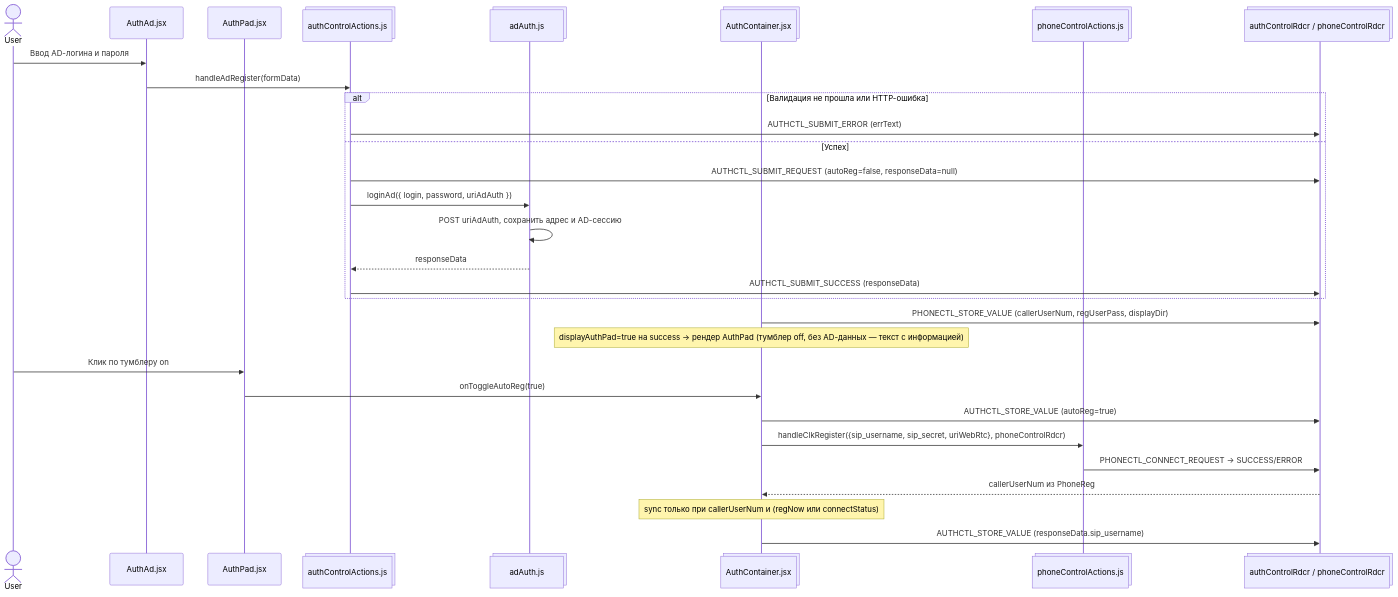
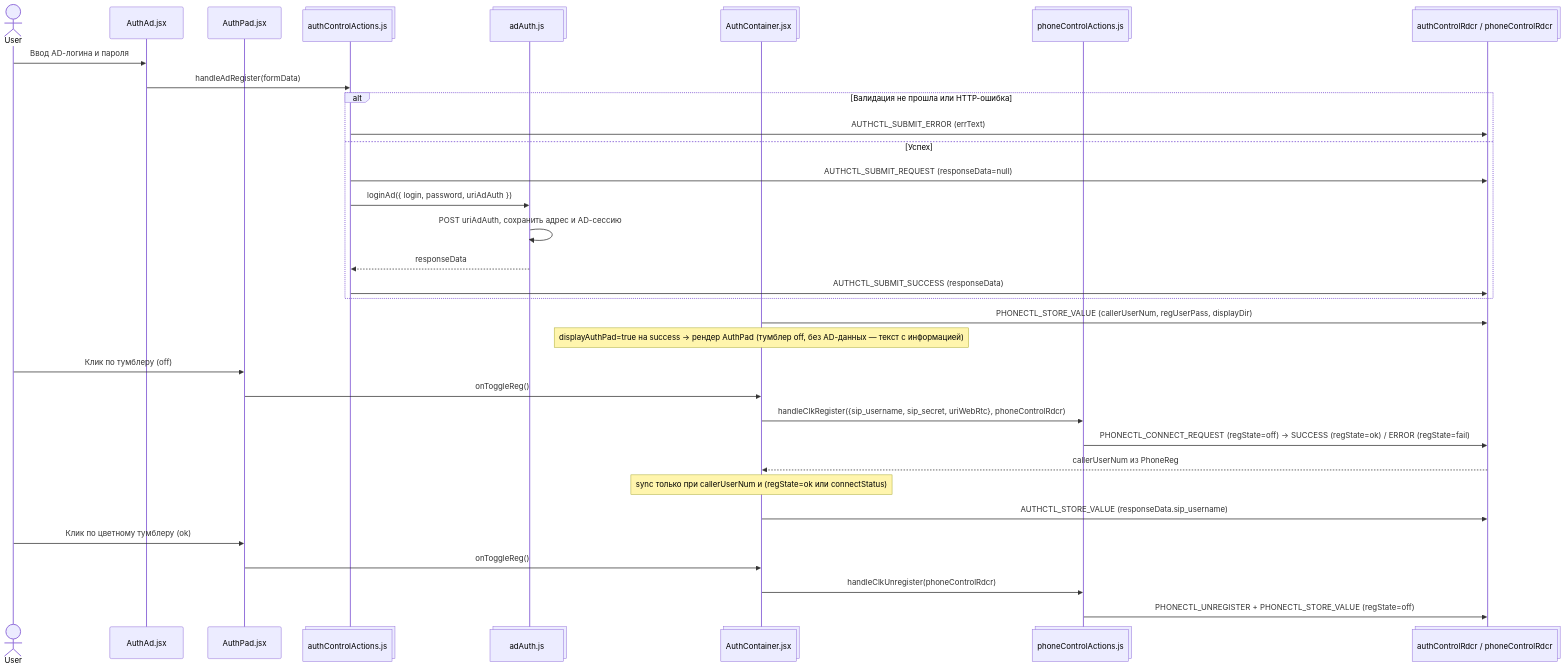
One commit to ars-anosov/sipjs-react changed the third of 9 diagrams in docs/STATE.md. Above: the diagram before and after it, drawn with Mermaid. The commit also changed other lines of this file and 24 other files, not shown here.

First line of the commit message:
Тумблер AuthPad по regState, актуализация документации

````diff
--- a/docs/STATE.md
+++ b/docs/STATE.md
@@ -99,33 +99,36 @@
 ```mermaid
 sequenceDiagram
   actor User
   participant AuthAd@{ "type" : "participant", "alias": "AuthAd.jsx" }
   participant AuthPad@{ "type" : "participant", "alias": "AuthPad.jsx" }
   participant AuthAct@{ "type" : "collections", "alias": "authControlActions.js" }
   participant AdAuth@{ "type" : "collections", "alias": "adAuth.js" }
   participant AuthCont@{ "type" : "collections", "alias": "AuthContainer.jsx" }
   participant PhoneAct@{ "type" : "collections", "alias": "phoneControlActions.js" }
   participant Dispatch@{ "type" : "collections", "alias": "authControlRdcr / phoneControlRdcr" }
 
   User->>AuthAd: Ввод AD-логина и пароля
   AuthAd->>AuthAct: handleAdRegister(formData)
   alt Валидация не прошла или HTTP-ошибка
     AuthAct->>Dispatch: AUTHCTL_SUBMIT_ERROR (errText)
   else Успех
-    AuthAct->>Dispatch: AUTHCTL_SUBMIT_REQUEST (autoReg=false, responseData=null)
+    AuthAct->>Dispatch: AUTHCTL_SUBMIT_REQUEST (responseData=null)
     AuthAct->>AdAuth: loginAd({ login, password, uriAdAuth })
     AdAuth->>AdAuth: POST uriAdAuth, сохранить адрес и AD-сессию
     AdAuth-->>AuthAct: responseData
     AuthAct->>Dispatch: AUTHCTL_SUBMIT_SUCCESS (responseData)
   end
   AuthCont->>Dispatch: PHONECTL_STORE_VALUE (callerUserNum, regUserPass, displayDir)
   Note over AuthCont: displayAuthPad=true на success → рендер AuthPad (тумблер off, без AD-данных — текст с информацией)
-  User->>AuthPad: Клик по тумблеру on
-  AuthPad->>AuthCont: onToggleAutoReg(true)
-  AuthCont->>Dispatch: AUTHCTL_STORE_VALUE (autoReg=true)
+  User->>AuthPad: Клик по тумблеру (off)
+  AuthPad->>AuthCont: onToggleReg()
   AuthCont->>PhoneAct: handleClkRegister({sip_username, sip_secret, uriWebRtc}, phoneControlRdcr)
-  PhoneAct->>Dispatch: PHONECTL_CONNECT_REQUEST → SUCCESS/ERROR
+  PhoneAct->>Dispatch: PHONECTL_CONNECT_REQUEST (regState=off) → SUCCESS (regState=ok) / ERROR (regState=fail)
   Dispatch-->>AuthCont: callerUserNum из PhoneReg
-  Note over AuthCont: sync только при callerUserNum и (regNow или connectStatus)
+  Note over AuthCont: sync только при callerUserNum и (regState=ok или connectStatus)
   AuthCont->>Dispatch: AUTHCTL_STORE_VALUE (responseData.sip_username)
+  User->>AuthPad: Клик по цветному тумблеру (ok)
+  AuthPad->>AuthCont: onToggleReg()
+  AuthCont->>PhoneAct: handleClkUnregister(phoneControlRdcr)
+  PhoneAct->>Dispatch: PHONECTL_UNREGISTER + PHONECTL_STORE_VALUE (regState=off)
 ```
````
